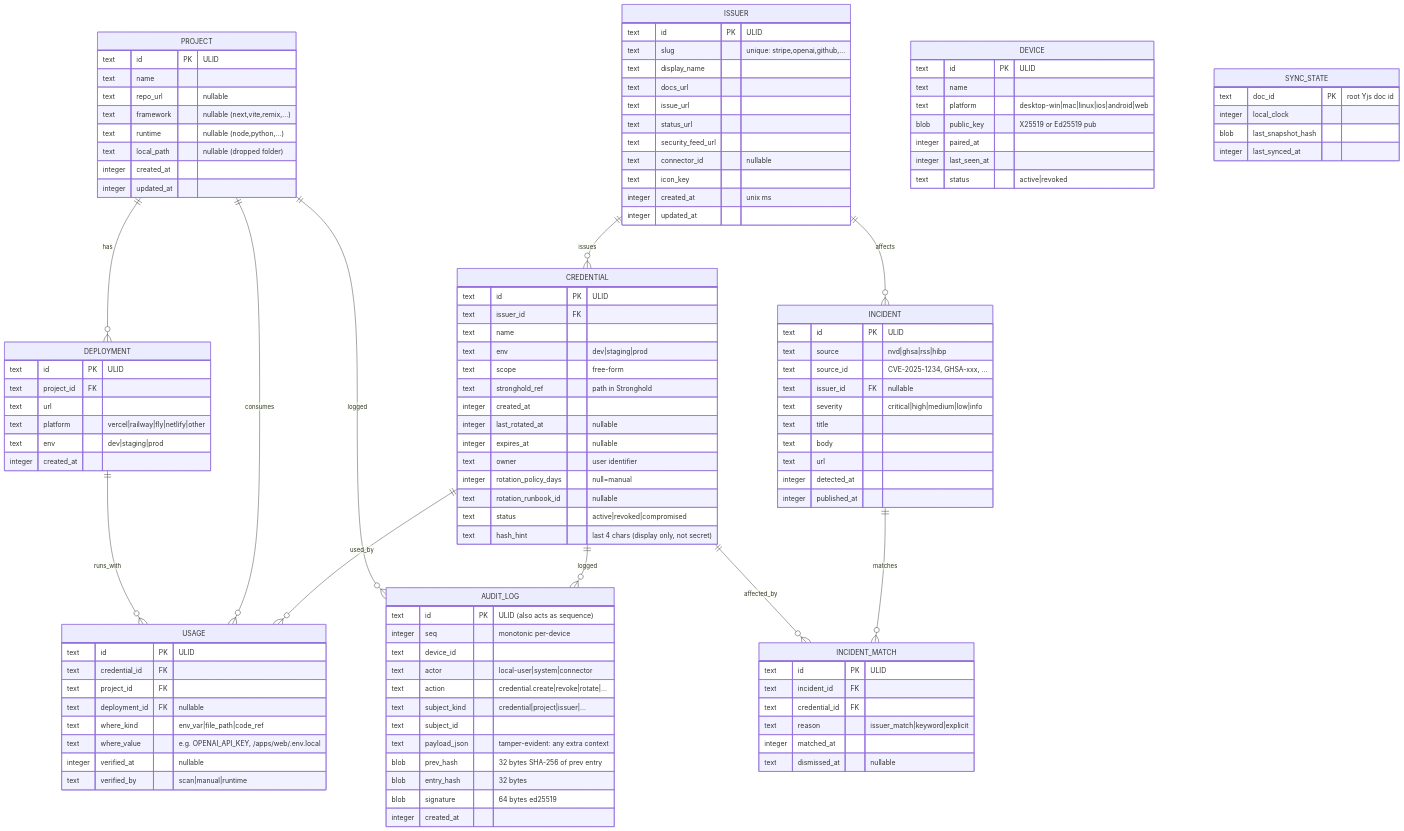
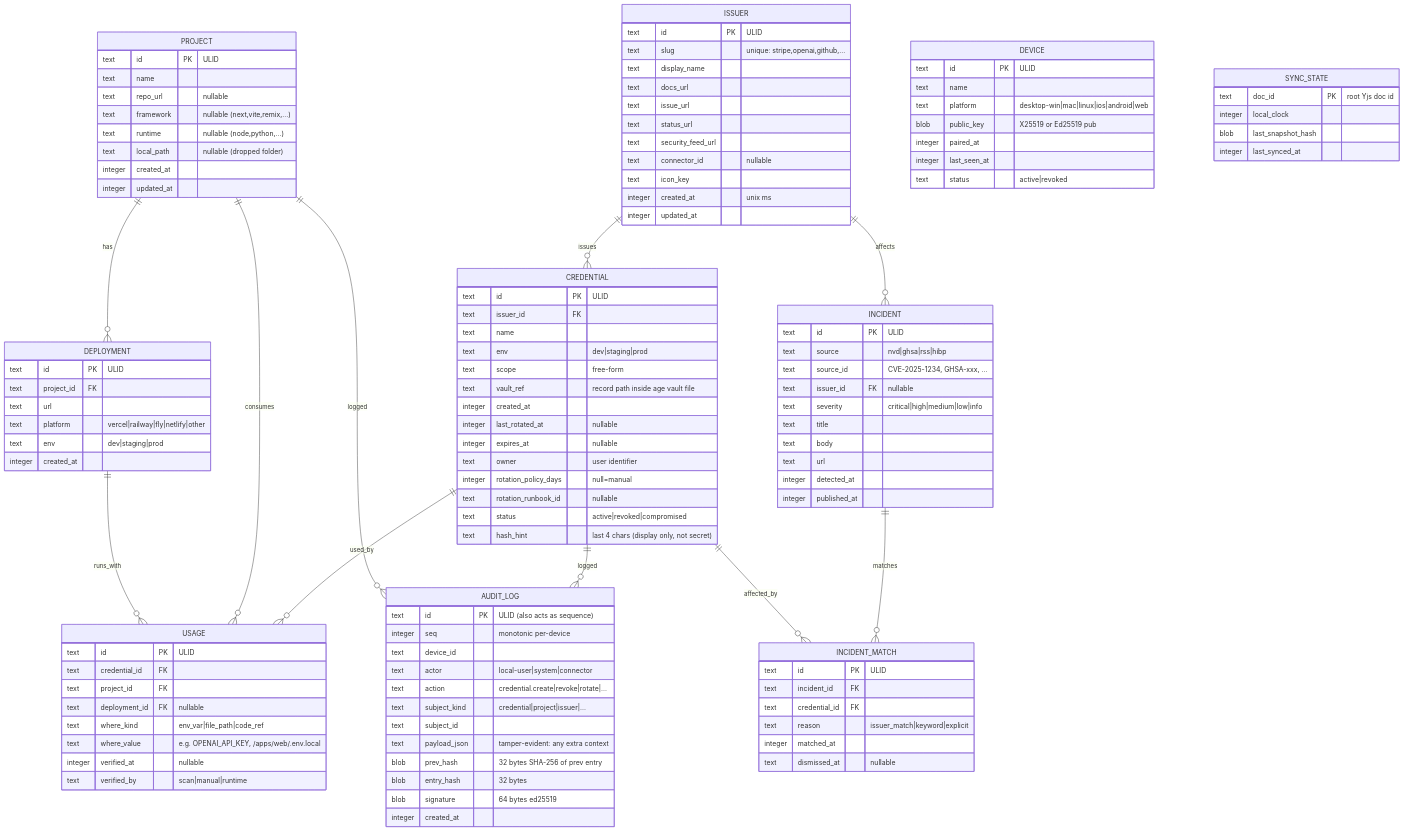
The diagram in docs/architecture.md (phoodul/secretbank), drawn with Mermaid before and after one commit. The commit also changed other lines of this file and 3 other files, not shown here.

First line of the commit message:
docs: planner 산출물의 Stronghold 참조를 age crate 로 갱신

```diff
--- a/docs/architecture.md
+++ b/docs/architecture.md
@@ -172,7 +173,7 @@
         text name
         text env "dev|staging|prod"
         text scope "free-form"
-        text stronghold_ref "path in Stronghold"
+        text vault_ref "record path inside age vault file"
         integer created_at
         integer last_rotated_at "nullable"
         integer expires_at "nullable"
```
